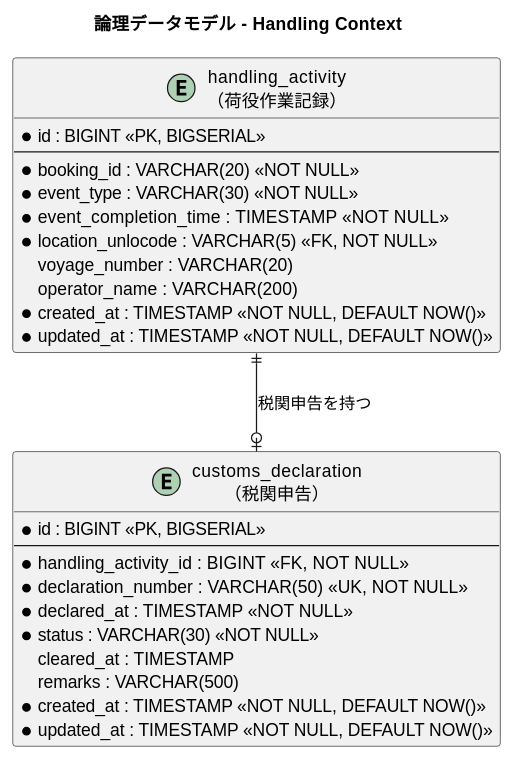
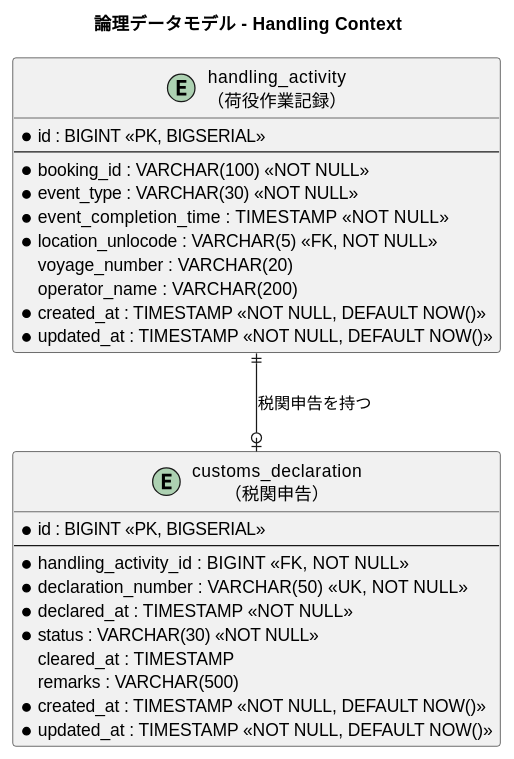
One commit to k2works/case-study-cargo-tracker changed the sixth of 9 diagrams in docs/design/data-model.md. Above: the diagram before and after it, drawn with PlantUML. The commit also changed other lines of this file, not shown here.

First line of the commit message:
docs(design): shipper.id と booking_id の型記述を実装マイグレーションに一致させる

````diff
--- a/docs/design/data-model.md
+++ b/docs/design/data-model.md
@@ -462,34 +462,34 @@
 ```plantuml
 @startuml
 title 論理データモデル - Handling Context
 
 entity "handling_activity\n（荷役作業記録）" as handling_activity {
   * id : BIGINT <<PK, BIGSERIAL>>
   --
-  * booking_id : VARCHAR(20) <<NOT NULL>>
+  * booking_id : VARCHAR(100) <<NOT NULL>>
   * event_type : VARCHAR(30) <<NOT NULL>>
   * event_completion_time : TIMESTAMP <<NOT NULL>>
   * location_unlocode : VARCHAR(5) <<FK, NOT NULL>>
   voyage_number : VARCHAR(20)
   operator_name : VARCHAR(200)
   * created_at : TIMESTAMP <<NOT NULL, DEFAULT NOW()>>
   * updated_at : TIMESTAMP <<NOT NULL, DEFAULT NOW()>>
 }
 
 entity "customs_declaration\n（税関申告）" as customs_declaration {
   * id : BIGINT <<PK, BIGSERIAL>>
   --
   * handling_activity_id : BIGINT <<FK, NOT NULL>>
   * declaration_number : VARCHAR(50) <<UK, NOT NULL>>
   * declared_at : TIMESTAMP <<NOT NULL>>
   * status : VARCHAR(30) <<NOT NULL>>
   cleared_at : TIMESTAMP
   remarks : VARCHAR(500)
   * created_at : TIMESTAMP <<NOT NULL, DEFAULT NOW()>>
   * updated_at : TIMESTAMP <<NOT NULL, DEFAULT NOW()>>
 }
 
 handling_activity ||--o| customs_declaration : "税関申告を持つ"
 
 @enduml
 ```
````
